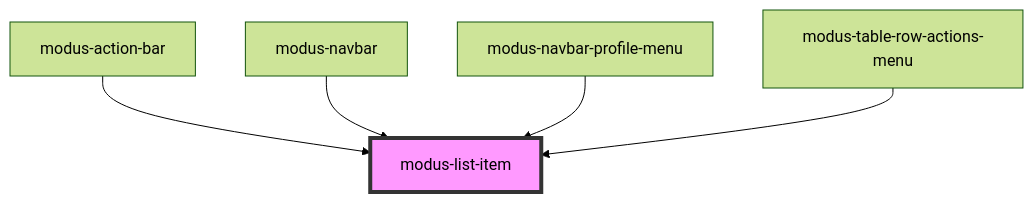
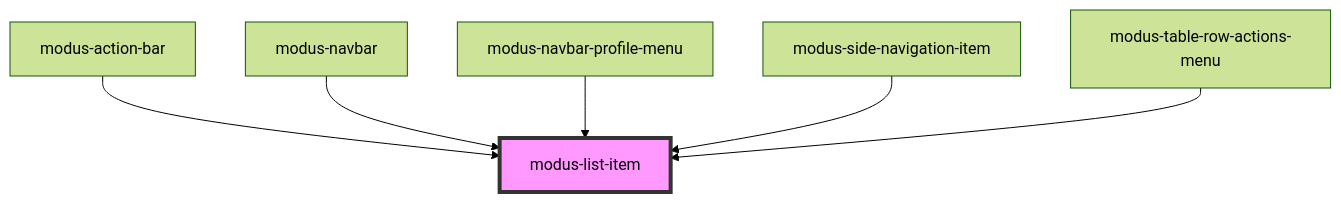
The diagram in stencil-workspace/src/components/modus-list-item/readme.md (trimble-oss/modus-web-components), drawn with Mermaid (forest theme) before and after one commit. The commit also changed other lines of this file and 8 other files, not shown here.

````diff
--- a/stencil-workspace/src/components/modus-list-item/readme.md
+++ b/stencil-workspace/src/components/modus-list-item/readme.md
@@ -52,8 +53,9 @@
 ```mermaid
 graph TD;
   modus-action-bar --> modus-list-item
   modus-navbar --> modus-list-item
   modus-navbar-profile-menu --> modus-list-item
+  modus-side-navigation-item --> modus-list-item
   modus-table-row-actions-menu --> modus-list-item
   style modus-list-item fill:#f9f,stroke:#333,stroke-width:4px
 ```
````
